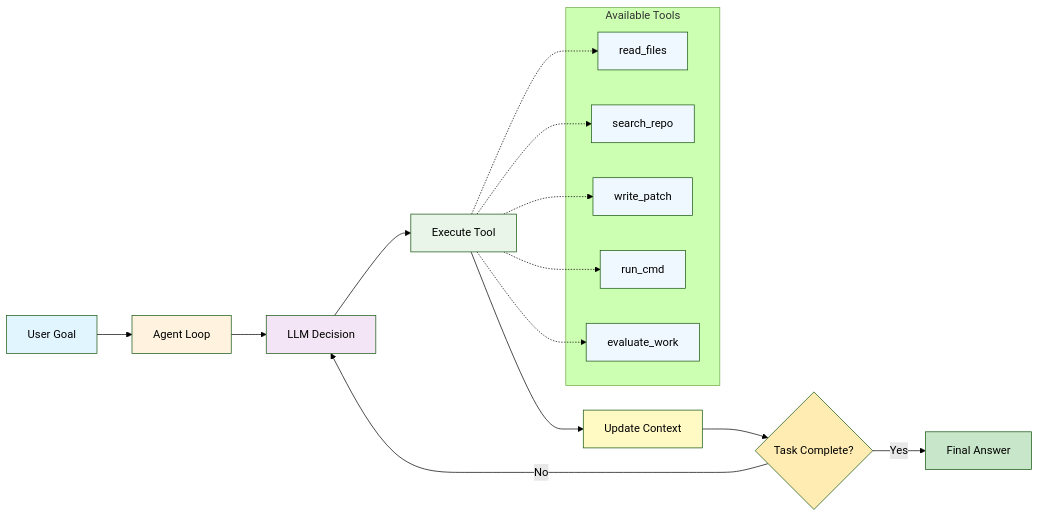
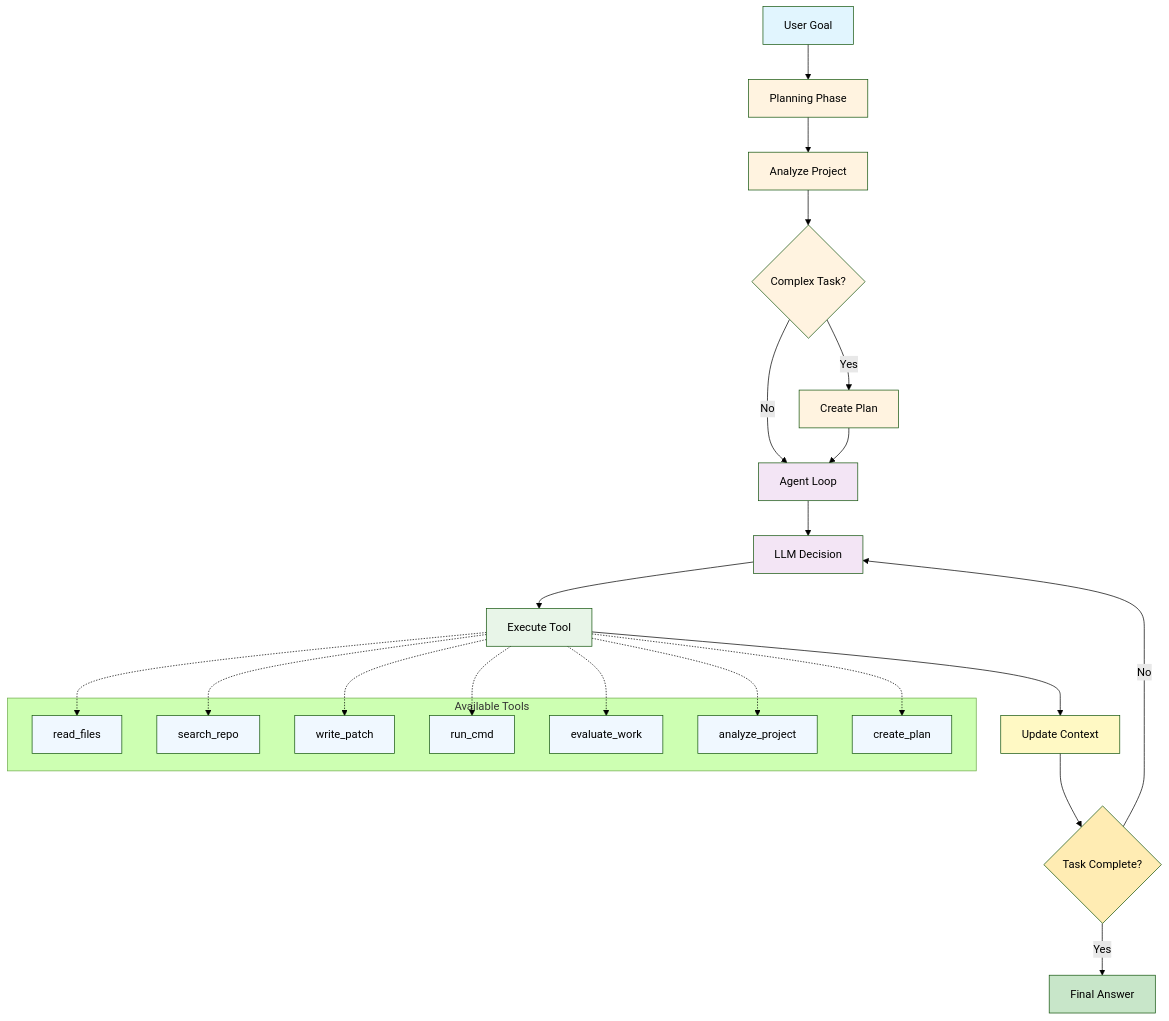
The first of 2 diagrams in readme.md (devhelpr/agent-loop), drawn with Mermaid (forest theme) before and after one commit. The commit also changed other lines of this file, not shown here.

First line of the commit message:
Update README to reflect new planning and analysis features

````diff
--- a/readme.md
+++ b/readme.md
@@ -42,37 +44,52 @@
 ```mermaid
-flowchart LR
-    A[User Goal] --> B[Agent Loop]
-    B --> C[LLM Decision]
-    C --> D[Execute Tool]
-    D --> E[Update Context]
-    E --> F{Task Complete?}
-    F -->|No| C
-    F -->|Yes| G[Final Answer]
+flowchart TD
+    A[User Goal] --> B[Planning Phase]
+    B --> B1[Analyze Project]
+    B1 --> B2{Complex Task?}
+    B2 -->|Yes| B3[Create Plan]
+    B2 -->|No| C
+    B3 --> C[Agent Loop]
+    C --> D[LLM Decision]
+    D --> E[Execute Tool]
+    E --> F[Update Context]
+    F --> G{Task Complete?}
+    G -->|No| D
+    G -->|Yes| H[Final Answer]
     
     subgraph "Available Tools"
-        H[read_files]
-        I[search_repo]
-        J[write_patch]
-        K[run_cmd]
-        L[evaluate_work]
+        I[read_files]
+        J[search_repo]
+        K[write_patch]
+        L[run_cmd]
+        M[evaluate_work]
+        N[analyze_project]
+        O[create_plan]
     end
     
-    D -.-> H
-    D -.-> I
-    D -.-> J
-    D -.-> K
-    D -.-> L
+    E -.-> I
+    E -.-> J
+    E -.-> K
+    E -.-> L
+    E -.-> M
+    E -.-> N
+    E -.-> O
     
     style A fill:#e1f5fe
     style B fill:#fff3e0
+    style B1 fill:#fff3e0
+    style B2 fill:#fff3e0
+    style B3 fill:#fff3e0
     style C fill:#f3e5f5
-    style D fill:#e8f5e8
-    style E fill:#fff9c4
-    style F fill:#ffecb3
-    style G fill:#c8e6c9
-    style H fill:#f0f8ff
+    style D fill:#f3e5f5
+    style E fill:#e8f5e8
+    style F fill:#fff9c4
+    style G fill:#ffecb3
+    style H fill:#c8e6c9
     style I fill:#f0f8ff
     style J fill:#f0f8ff
     style K fill:#f0f8ff
     style L fill:#f0f8ff
+    style M fill:#f0f8ff
+    style N fill:#f0f8ff
+    style O fill:#f0f8ff
 ```
````
